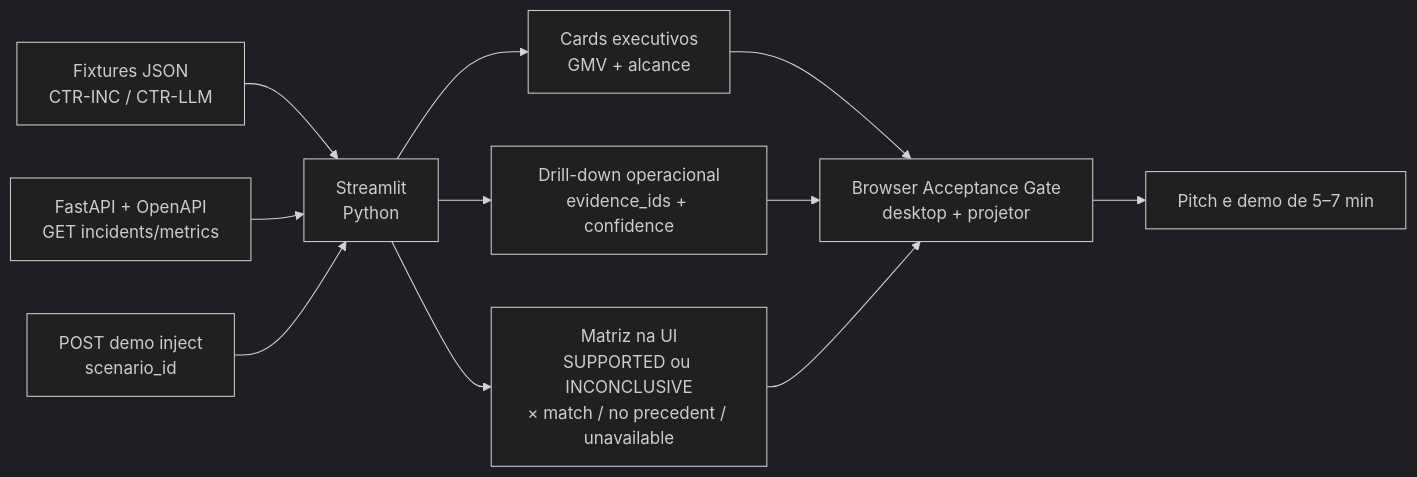
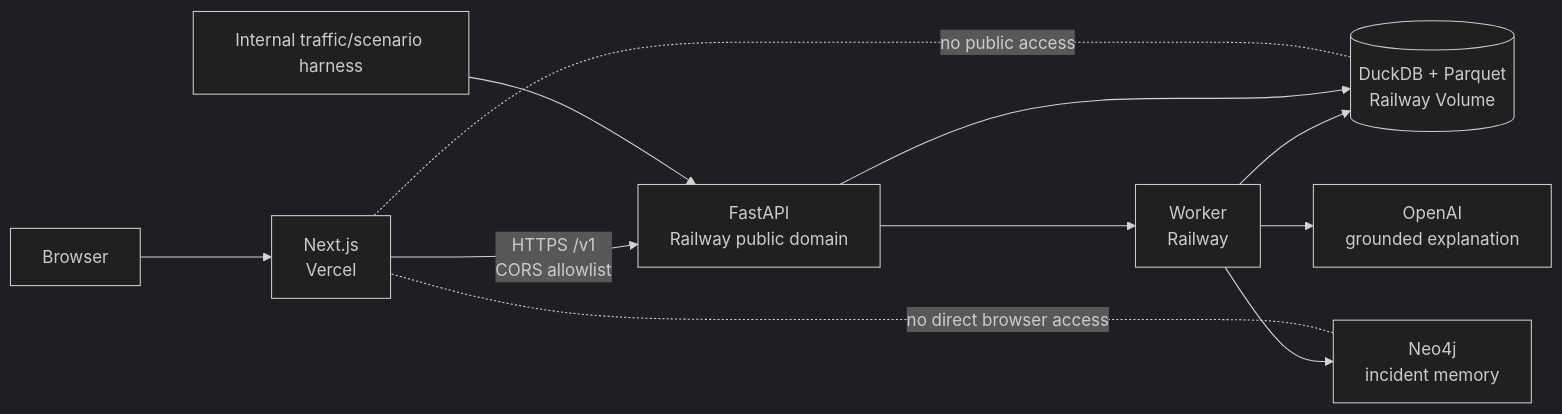
The second of 4 diagrams in docs/plans/architecture-diagrams.md (1Renato7/LumenPrep), drawn with Mermaid (dark theme) before and after one commit. The commit also changed other lines of this file and 9 other files, not shown here.

````diff
--- a/docs/plans/architecture-diagrams.md
+++ b/docs/plans/architecture-diagrams.md
@@ -43,13 +26,13 @@
 ```mermaid
 flowchart LR
-    A[Fixtures JSON<br/>CTR-INC / CTR-LLM] --> B[Streamlit<br/>Python]
-    C[FastAPI + OpenAPI<br/>GET incidents/metrics] --> B
-    D[POST demo inject<br/>scenario_id] --> B
-    B --> E[Cards executivos<br/>GMV + alcance]
-    B --> F[Drill-down operacional<br/>evidence_ids + confidence]
-    B --> G[Matriz na UI<br/>SUPPORTED ou INCONCLUSIVE<br/>× match / no precedent / unavailable]
-    E --> H[Browser Acceptance Gate<br/>desktop + projetor]
-    F --> H
-    G --> H
-    H --> I[Pitch e demo de 5–7 min]
+    U[Browser] --> V[Next.js<br/>Vercel]
+    V -->|HTTPS /v1<br/>CORS allowlist| R[FastAPI<br/>Railway public domain]
+    R --> W[Worker<br/>Railway]
+    W --> D[(DuckDB + Parquet<br/>Railway Volume)]
+    R --> D
+    W --> N[Neo4j<br/>incident memory]
+    W --> O[OpenAI<br/>grounded explanation]
+    X[Internal traffic/scenario harness] --> R
+    D -. no public access .- V
+    N -. no direct browser access .- V
 ```
````
